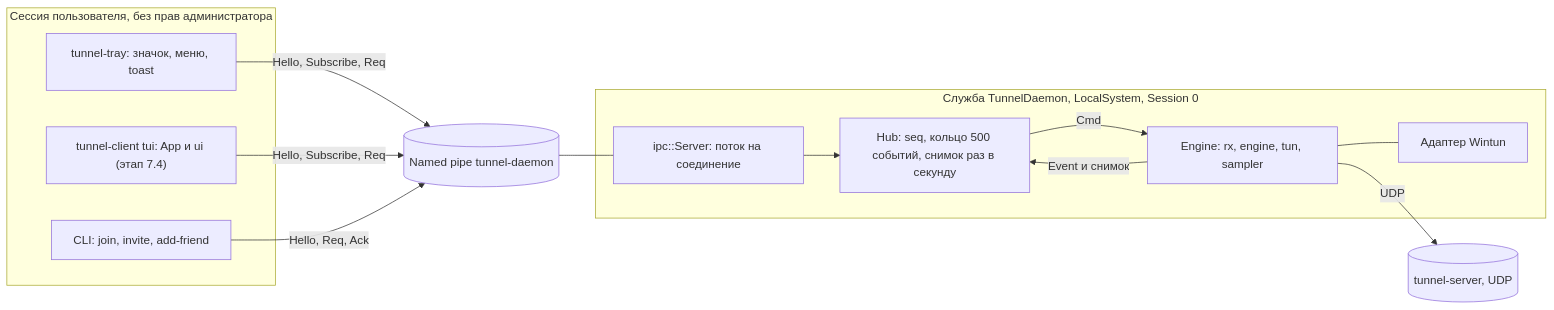
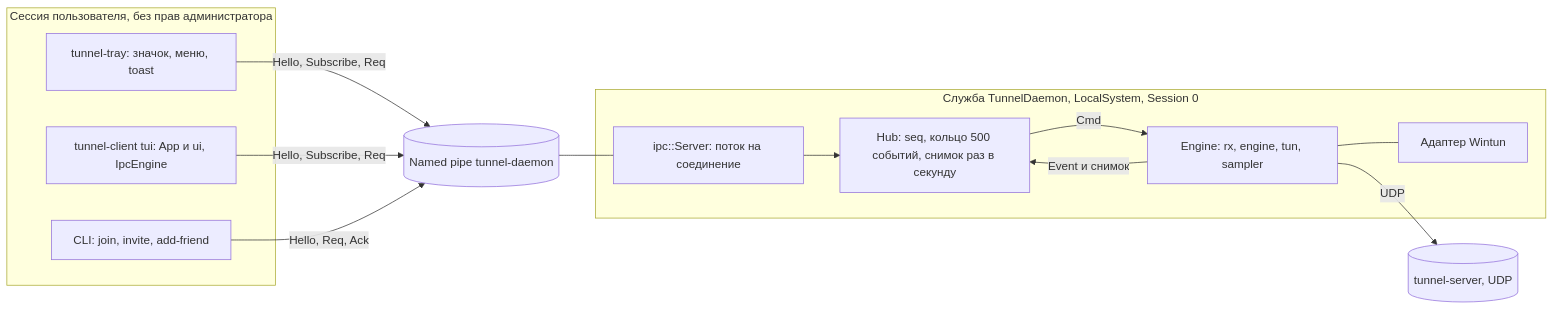
Before and after one commit to Kulmek/VoidLink2: the seventh of 7 diagrams in docs/ARCHITECTURE.md, drawn with Mermaid. The commit also changed other lines of this file and 10 other files, not shown here.

````diff
--- a/docs/ARCHITECTURE.md
+++ b/docs/ARCHITECTURE.md
@@ -462,26 +462,26 @@
 ```mermaid
 flowchart LR
     subgraph user ["Сессия пользователя, без прав администратора"]
         tray["tunnel-tray: значок, меню, toast"]
-        tui["tunnel-client tui: App и ui (этап 7.4)"]
+        tui["tunnel-client tui: App и ui, IpcEngine"]
         cli["CLI: join, invite, add-friend"]
     end
     subgraph svc ["Служба TunnelDaemon, LocalSystem, Session 0"]
         ipcs["ipc::Server: поток на соединение"]
         hub["Hub: seq, кольцо 500 событий, снимок раз в секунду"]
         eng["Engine: rx, engine, tun, sampler"]
         wt["Адаптер Wintun"]
         ipcs --> hub
         hub -- "Cmd" --> eng
         eng -- "Event и снимок" --> hub
         eng --- wt
     end
     pipe[("Named pipe tunnel-daemon")]
     server[("tunnel-server, UDP")]
 
     tray -- "Hello, Subscribe, Req" --> pipe
     tui -- "Hello, Subscribe, Req" --> pipe
     cli -- "Hello, Req, Ack" --> pipe
     pipe --- ipcs
     eng -- "UDP" --> server
 ```
````
